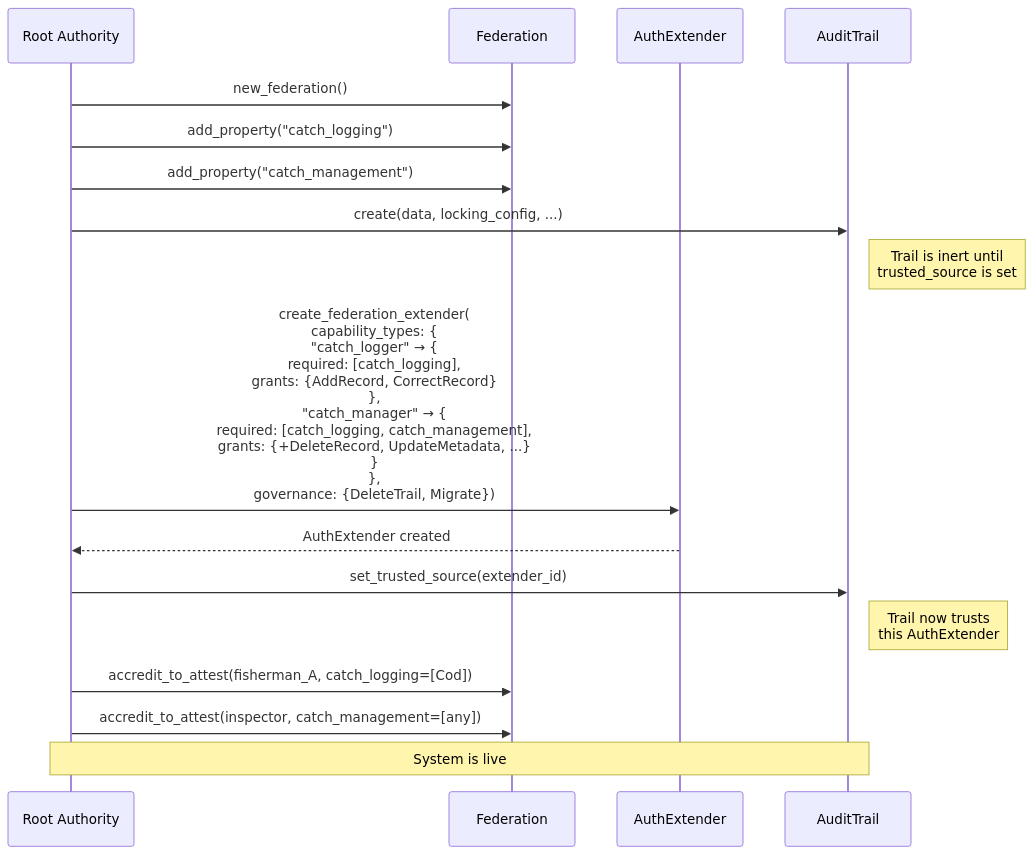
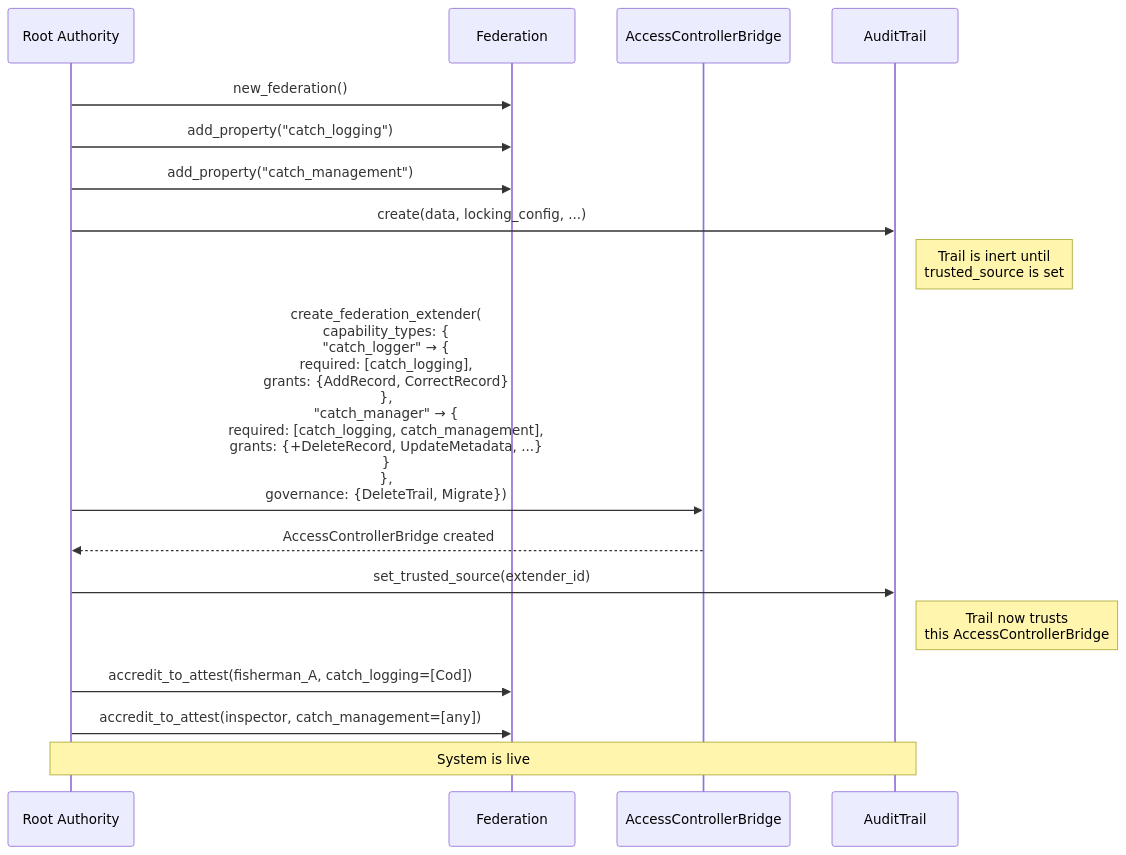
Before and after one commit to qrayven/acb: the first of 7 diagrams in resources/access-controller-bridge-v3.md, drawn with Mermaid. The commit also changed other lines of this file, not shown here.

````diff
--- a/resources/access-controller-bridge-v3.md
+++ b/resources/access-controller-bridge-v3.md
@@ -938,25 +913,25 @@
 ```mermaid
 sequenceDiagram
     participant RA as Root Authority
     participant Fed as Federation
-    participant AE as AuthExtender
+    participant AE as AccessControllerBridge
     participant Trail as AuditTrail
 
     RA->>Fed: new_federation()
     RA->>Fed: add_property("catch_logging")
     RA->>Fed: add_property("catch_management")
 
     RA->>Trail: create(data, locking_config, ...)
     Note right of Trail: Trail is inert until<br/>trusted_source is set
 
     RA->>AE: create_federation_extender(<br/>  capability_types: {<br/>    "catch_logger" → {<br/>      required: [catch_logging],<br/>      grants: {AddRecord, CorrectRecord}<br/>    },<br/>    "catch_manager" → {<br/>      required: [catch_logging, catch_management],<br/>      grants: {+DeleteRecord, UpdateMetadata, ...}<br/>    }<br/>  },<br/>  governance: {DeleteTrail, Migrate})
-    AE-->>RA: AuthExtender created
+    AE-->>RA: AccessControllerBridge created
 
     RA->>Trail: set_trusted_source(extender_id)
-    Note right of Trail: Trail now trusts<br/>this AuthExtender
+    Note right of Trail: Trail now trusts<br/>this AccessControllerBridge
 
     RA->>Fed: accredit_to_attest(fisherman_A, catch_logging=[Cod])
     RA->>Fed: accredit_to_attest(inspector, catch_management=[any])
 
     Note over RA,Trail: System is live
 ```
````
